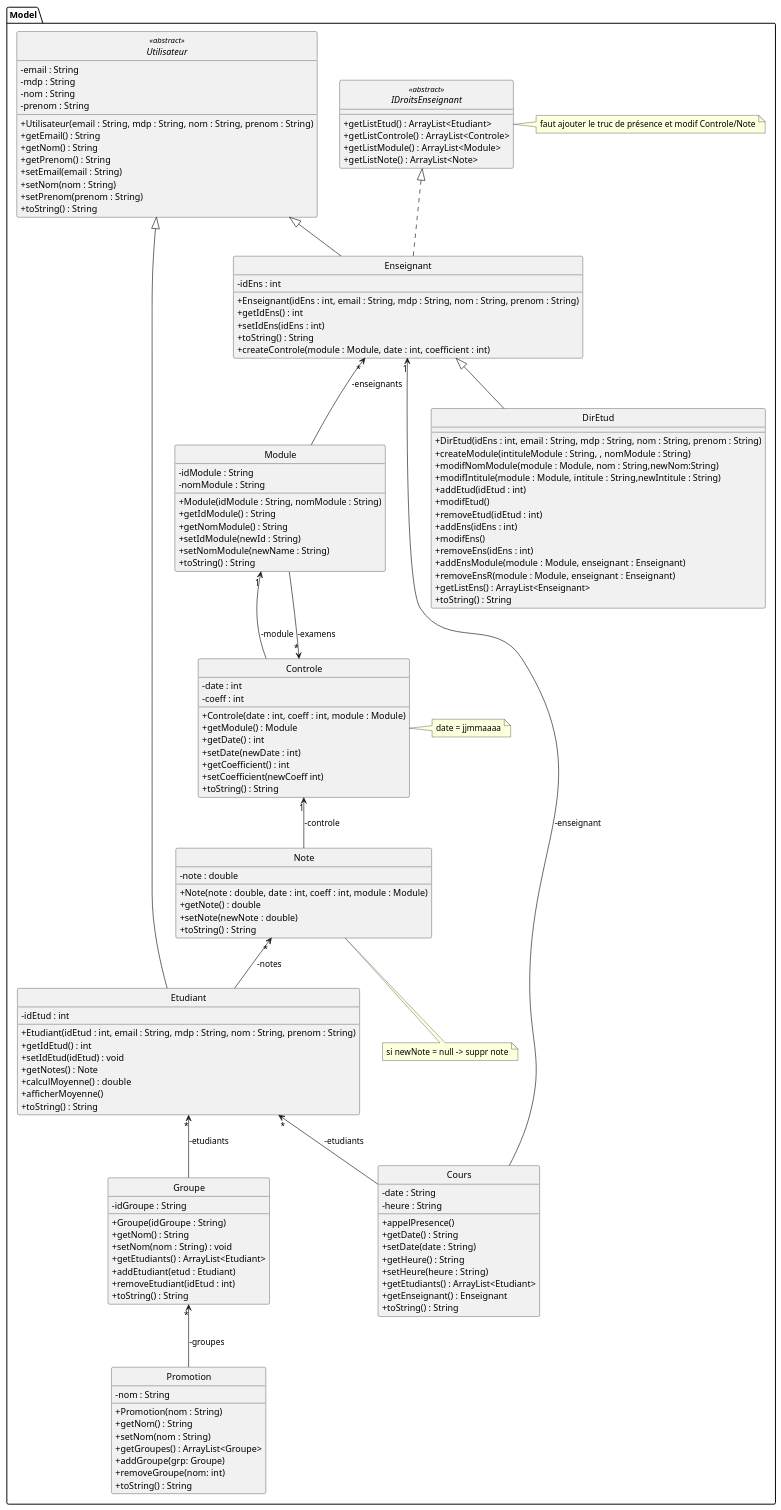
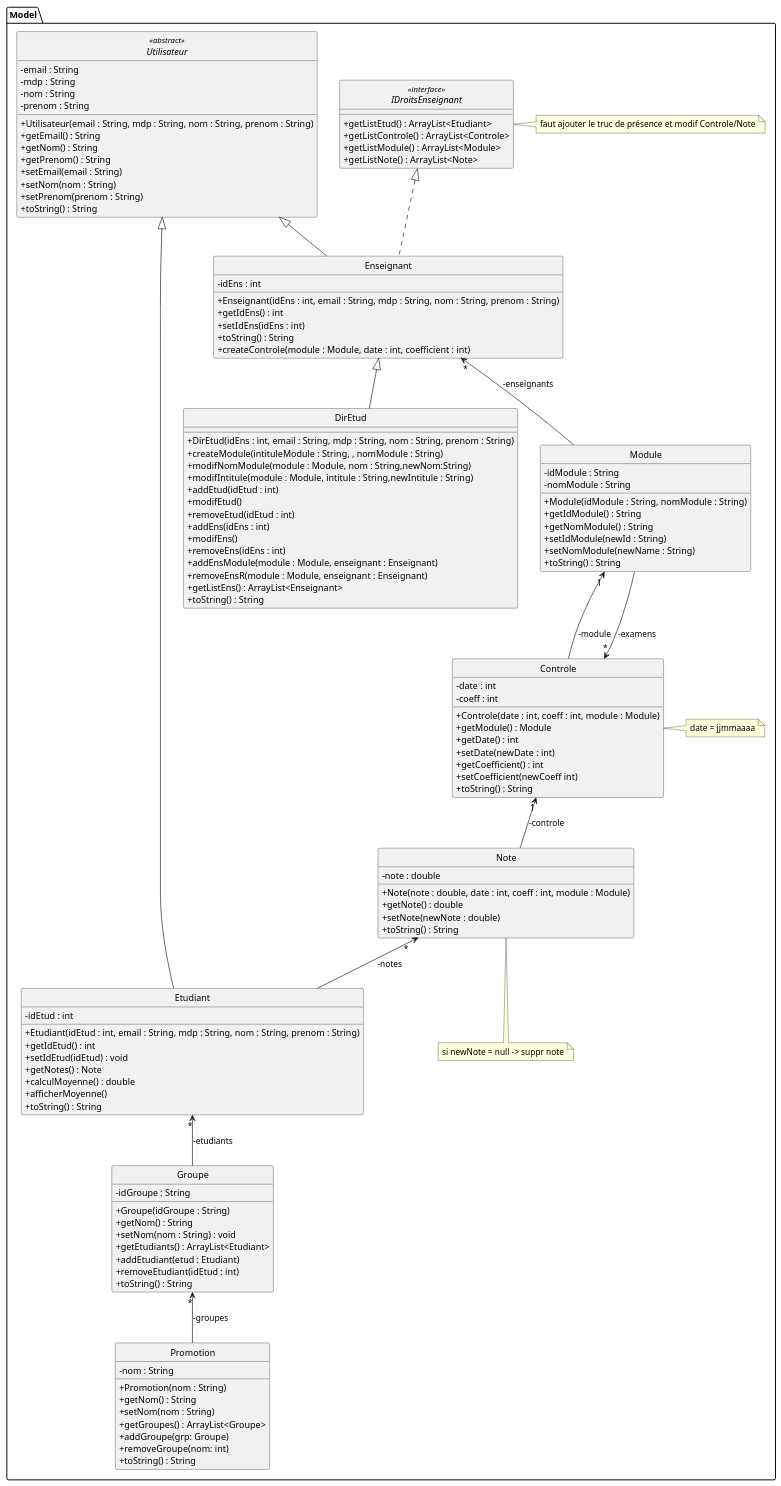
One commit to Lohasta/Kallax changed the diagram in s201_UML.md. Above: the diagram before and after it, drawn with PlantUML.

Commit message:
added chevrons

```diff
--- a/s201_UML.md
+++ b/s201_UML.md
@@ -20,7 +20,7 @@
 +toString() : String
 }
 
-interface IDroitsEnseignant <<abstract>>{
+interface IDroitsEnseignant <<interface>>{
 +getListEtud() : ArrayList<Etudiant>
 +getListControle() : ArrayList<Controle>
 +getListModule() : ArrayList<Module>
@@ -29,6 +29,7 @@
 note right of IDroitsEnseignant{
 faut ajouter le truc de présence et modif Controle/Note
 }
+
 class Etudiant{
 -idEtud : int
 +Etudiant(idEtud : int, email : String, mdp : String, nom : String, prenom : String)
@@ -39,6 +40,7 @@
 +afficherMoyenne()
 +toString() : String
 }
+
 class Enseignant{
 -idEns : int
 +Enseignant(idEns : int, email : String, mdp : String, nom : String, prenom : String)
@@ -46,8 +48,8 @@
 +setIdEns(idEns : int)
 +toString() : String
 +createControle(module : Module, date : int, coefficient : int)
+}
 
-}
 class DirEtud{
 +DirEtud(idEns : int, email : String, mdp : String, nom : String, prenom : String)
 +createModule(intituleModule : String, , nomModule : String)
@@ -75,6 +77,7 @@
 +setNomModule(newName : String)
 +toString() : String
 }
+
 +class Controle{
 -date : int
 -coeff : int
@@ -90,24 +93,6 @@
 date = jjmmaaaa
 }
 
-+class Cours{
-
--date : String
--heure : String
-
-+appelPresence()
-+getDate() : String
-+setDate(date : String)
-+getHeure() : String
-+setHeure(heure : String)
-+getEtudiants() : ArrayList<Etudiant>
-+getEnseignant() : Enseignant
-+toString() : String
-
-}
-
-
-
 +class Note{
 -note : double
 +Note(note : double, date : int, coeff : int, module : Module)
@@ -118,6 +103,7 @@
 note bottom of Note{
 si newNote = null -> suppr note
 }
+
 +class Promotion{
 -nom : String
 +Promotion(nom : String)
@@ -128,6 +114,7 @@
 +removeGroupe(nom: int)
 +toString() : String
 }
+
 +class Groupe{
 -idGroupe : String
 +Groupe(idGroupe : String)
@@ -138,6 +125,8 @@
 +removeEtudiant(idEtud : int)
 +toString() : String
 }
+
+
 IDroitsEnseignant <|.. Enseignant
 Note "*" <-- Etudiant : -notes
 Module "1" <-- Controle : -module
@@ -145,8 +134,6 @@
 Enseignant "*" <-- Module : -enseignants
 Etudiant "*" <-- Groupe: -etudiants
 Groupe "*" <-- Promotion : -groupes
-Enseignant "1" <-- Cours : -enseignant
-Etudiant "*" <-- Cours : -etudiants
 Utilisateur <|-- Etudiant
 Controle "1" <-- Note : -controle
 Utilisateur <|-- Enseignant
```
